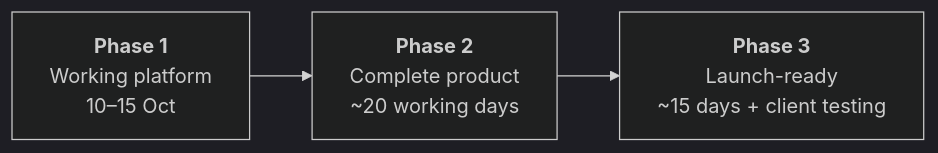
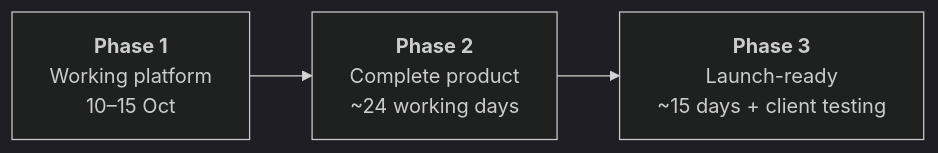
One commit to sumitdwivedi01/EigthyAwards changed the diagram in docs/PLAN.md. Above: the diagram before and after it, drawn with Mermaid (dark theme). The commit also changed other lines of this file and 9 other files, not shown here.

````diff
--- a/docs/PLAN.md
+++ b/docs/PLAN.md
@@ -15,4 +15,4 @@
 ```mermaid
 flowchart LR
-    P1["<b>Phase 1</b><br/>Working platform<br/>10–15 Oct"] --> P2["<b>Phase 2</b><br/>Complete product<br/>~20 working days"] --> P3["<b>Phase 3</b><br/>Launch-ready<br/>~15 days + client testing"]
+    P1["<b>Phase 1</b><br/>Working platform<br/>10–15 Oct"] --> P2["<b>Phase 2</b><br/>Complete product<br/>~24 working days"] --> P3["<b>Phase 3</b><br/>Launch-ready<br/>~15 days + client testing"]
 ```
````
